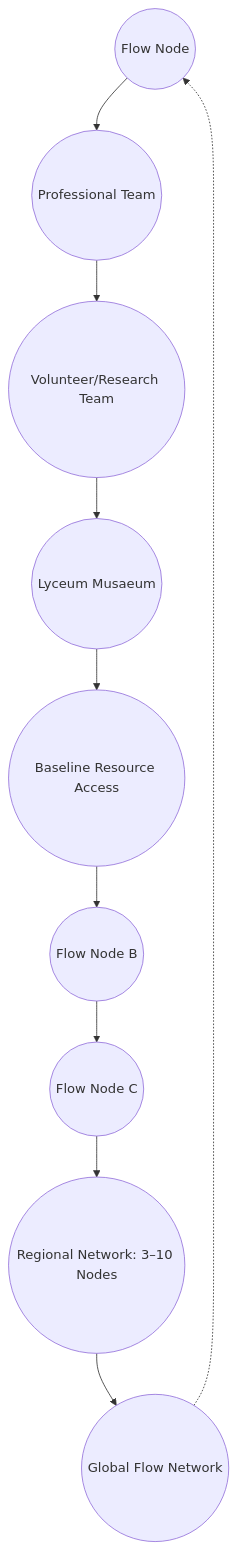
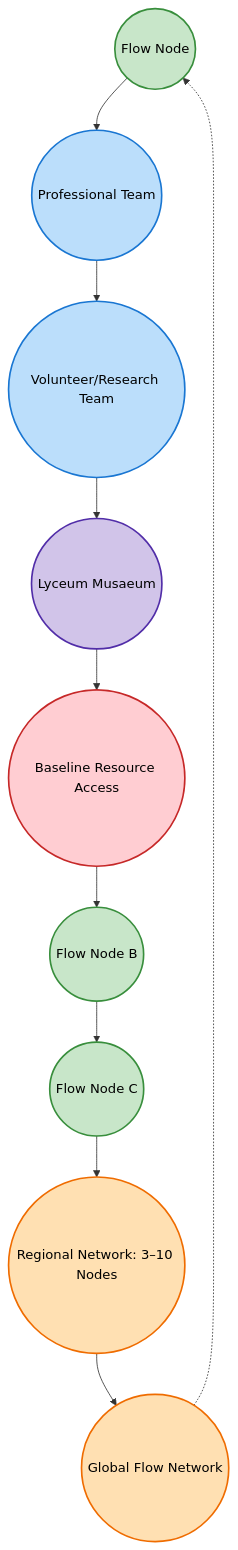
The diagram in structure_in_flow/FLOW_MASTER_SCHEME.md (ExistensialReset/manifesto), drawn with Mermaid before and after one commit.

````diff
--- a/structure_in_flow/FLOW_MASTER_SCHEME.md
+++ b/structure_in_flow/FLOW_MASTER_SCHEME.md
@@ -1,19 +1,27 @@
 ```mermaid
 graph TD
 
-%% FLOW SPIRAL – GITHUB COMPATIBLE
+%% FLOW SPIRAL – GitHub Compatible with Colors
 
-A((Flow Node)) --> B((Professional Team))
-B --> C((Volunteer/Research Team))
-C --> D((Lyceum Musaeum))
-D --> E((Baseline Resource Access))
+%% Nodes
+A((Flow Node)):::node --> B((Professional Team)):::team
+B --> C((Volunteer/Research Team)):::team
+C --> D((Lyceum Musaeum)):::lyceum
+D --> E((Baseline Resource Access)):::baseline
 
-E --> F((Flow Node B))
-F --> G((Flow Node C))
+E --> F((Flow Node B)):::node
+F --> G((Flow Node C)):::node
 
-G --> H((Regional Network: 3–10 Nodes))
-H --> I((Global Flow Network))
+G --> H((Regional Network: 3–10 Nodes)):::network
+H --> I((Global Flow Network)):::network
 
 %% OPTIONAL LOOP BACK FOR SPIRAL FEEL
 I -.-> A
-```
+
+%% COLOR CLASSES
+classDef node fill:#c8e6c9,stroke:#388e3c,stroke-width:2px,color:#000;
+classDef team fill:#bbdefb,stroke:#1976d2,stroke-width:2px,color:#000;
+classDef lyceum fill:#d1c4e9,stroke:#512da8,stroke-width:2px,color:#000;
+classDef baseline fill:#ffcdd2,stroke:#c62828,stroke-width:2px,color:#000;
+classDef network fill:#ffe0b2,stroke:#ef6c00,stroke-width:2px,color:#000;
+``` 
````
